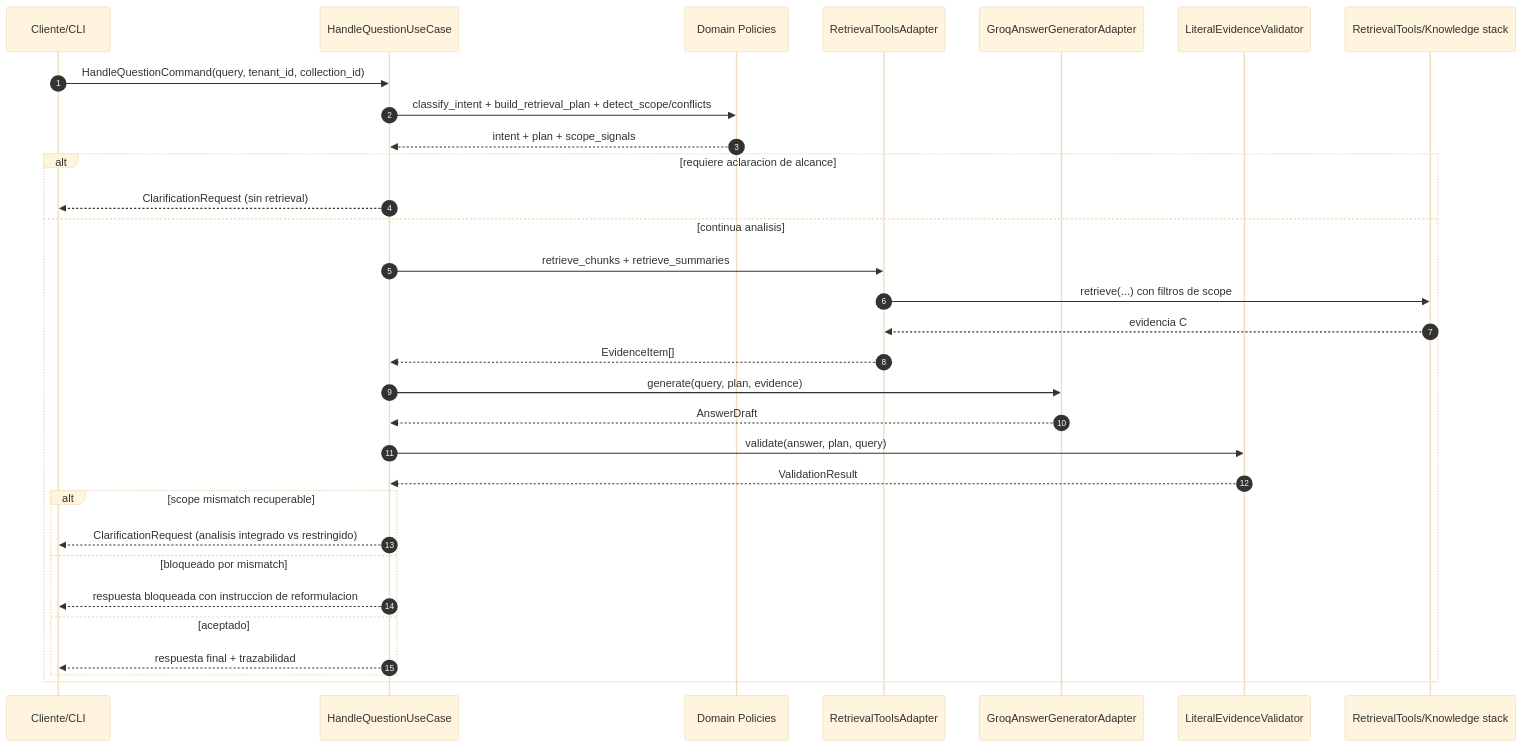
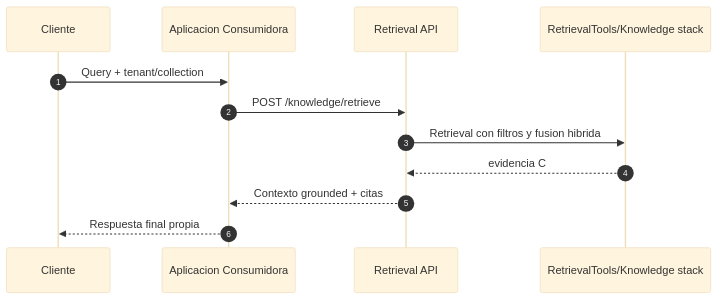
Before and after one commit to mcalza96/CIRE-RAG: the ninth of 11 diagrams in docs/rag-engine/flows-and-diagrams.md, drawn with Mermaid (base theme). The commit also changed other lines of this file and 58 other files, not shown here.

````diff
--- a/docs/rag-engine/flows-and-diagrams.md
+++ b/docs/rag-engine/flows-and-diagrams.md
@@ -207,34 +207,15 @@
 ```mermaid
 sequenceDiagram
     autonumber
-    participant C as Cliente/CLI
-    participant QAO as HandleQuestionUseCase
-    participant POL as Domain Policies
-    participant RET as RetrievalToolsAdapter
-    participant GEN as GroqAnswerGeneratorAdapter
-    participant VAL as LiteralEvidenceValidator
-    participant RAG as RetrievalTools/Knowledge stack
+    participant C as Cliente
+    participant APP as Aplicacion Consumidora
+    participant RAG as Retrieval API
+    participant KB as RetrievalTools/Knowledge stack
 
-    C->>QAO: HandleQuestionCommand(query, tenant_id, collection_id)
-    QAO->>POL: classify_intent + build_retrieval_plan + detect_scope/conflicts
-    POL-->>QAO: intent + plan + scope_signals
-    alt requiere aclaracion de alcance
-      QAO-->>C: ClarificationRequest (sin retrieval)
-    else continua analisis
-    QAO->>RET: retrieve_chunks + retrieve_summaries
-    RET->>RAG: retrieve(...) con filtros de scope
-    RAG-->>RET: evidencia C#/R#
-    RET-->>QAO: EvidenceItem[]
-    QAO->>GEN: generate(query, plan, evidence)
-    GEN-->>QAO: AnswerDraft
-    QAO->>VAL: validate(answer, plan, query)
-    VAL-->>QAO: ValidationResult
-    alt scope mismatch recuperable
-      QAO-->>C: ClarificationRequest (analisis integrado vs restringido)
-    else bloqueado por mismatch
-      QAO-->>C: respuesta bloqueada con instruccion de reformulacion
-    else aceptado
-      QAO-->>C: respuesta final + trazabilidad
-    end
-    end
+    C->>APP: Query + tenant/collection
+    APP->>RAG: POST /knowledge/retrieve
+    RAG->>KB: Retrieval con filtros y fusion hibrida
+    KB-->>RAG: evidencia C#/R#
+    RAG-->>APP: Contexto grounded + citas
+    APP-->>C: Respuesta final propia
 ```
````
